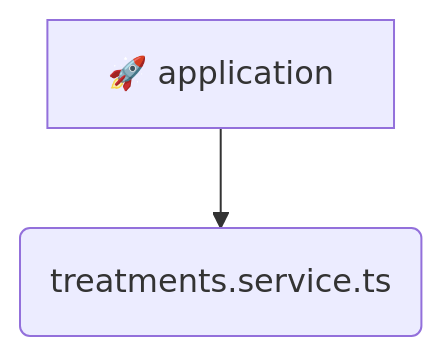
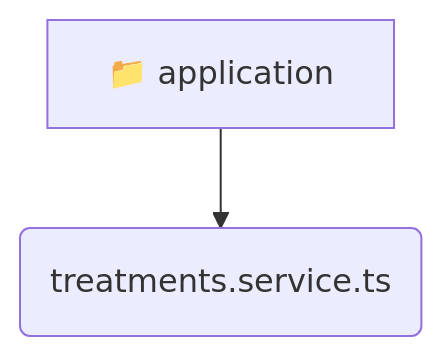
Before and after one commit to beginwebdev2002/fullstack-mavluda: the diagram in backend/src/modules/treatments/application/README.md, drawn with Mermaid. The commit also changed other lines of this file and 155 other files, not shown here.

````diff
--- a/backend/src/modules/treatments/application/README.md
+++ b/backend/src/modules/treatments/application/README.md
@@ -9,5 +9,5 @@
 ```mermaid
 graph TD
-  application[🚀 application]
-  application --> treatments_service_ts(treatments.service.ts)
+  application[📁 application]
+  application --> application_treatments_service_ts(treatments.service.ts)
 ```
````
